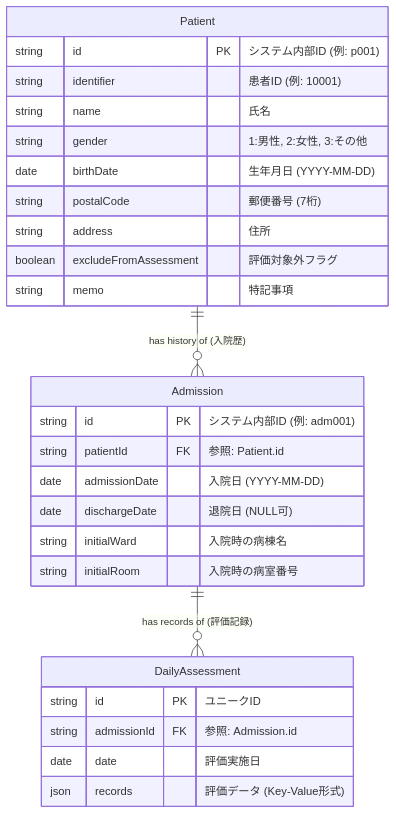
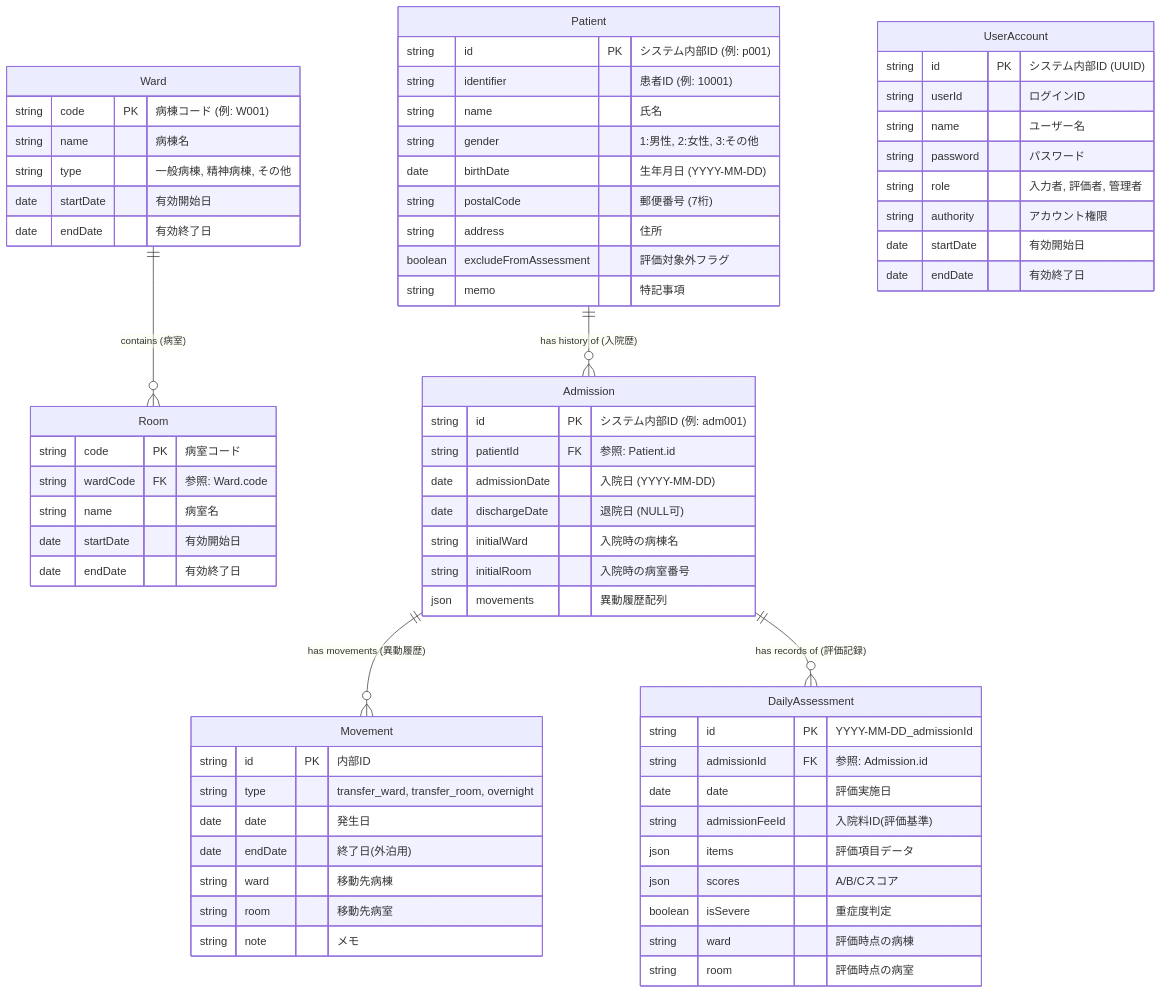
Before and after one commit to kumakumaaaaa/HfileMaker_v1: the diagram in SCHEMA.md, drawn with Mermaid. The commit also changed other lines of this file, not shown here.

Commit message:
SCHEMA.md 全面更新: 最新データ構造を反映

````diff
--- a/SCHEMA.md
+++ b/SCHEMA.md
@@ -8,35 +8,80 @@
 ```mermaid
 erDiagram
     %% マスタテーブル
     Patient {
         string id PK "システム内部ID (例: p001)"
         string identifier "患者ID (例: 10001)"
         string name "氏名"
         string gender "1:男性, 2:女性, 3:その他"
         date birthDate "生年月日 (YYYY-MM-DD)"
         string postalCode "郵便番号 (7桁)"
         string address "住所"
         boolean excludeFromAssessment "評価対象外フラグ"
         string memo "特記事項"
     }
 
+    Ward {
+        string code PK "病棟コード (例: W001)"
+        string name "病棟名"
+        string type "一般病棟, 精神病棟, その他"
+        date startDate "有効開始日"
+        date endDate "有効終了日"
+    }
+
+    Room {
+        string code PK "病室コード"
+        string wardCode FK "参照: Ward.code"
+        string name "病室名"
+        date startDate "有効開始日"
+        date endDate "有効終了日"
+    }
+
+    UserAccount {
+        string id PK "システム内部ID (UUID)"
+        string userId "ログインID"
+        string name "ユーザー名"
+        string password "パスワード"
+        string role "入力者, 評価者, 管理者"
+        string authority "アカウント権限"
+        date startDate "有効開始日"
+        date endDate "有効終了日"
+    }
+
     Admission {
         string id PK "システム内部ID (例: adm001)"
         string patientId FK "参照: Patient.id"
         date admissionDate "入院日 (YYYY-MM-DD)"
         date dischargeDate "退院日 (NULL可)"
         string initialWard "入院時の病棟名"
         string initialRoom "入院時の病室番号"
+        json movements "異動履歴配列"
+    }
+
+    Movement {
+        string id PK "内部ID"
+        string type "transfer_ward, transfer_room, overnight"
+        date date "発生日"
+        date endDate "終了日(外泊用)"
+        string ward "移動先病棟"
+        string room "移動先病室"
+        string note "メモ"
     }
 
     DailyAssessment {
-        string id PK "ユニークID"
+        string id PK "YYYY-MM-DD_admissionId"
         string admissionId FK "参照: Admission.id"
         date date "評価実施日"
-        json records "評価データ (Key-Value形式)"
+        string admissionFeeId "入院料ID(評価基準)"
+        json items "評価項目データ"
+        json scores "A/B/Cスコア"
+        boolean isSevere "重症度判定"
+        string ward "評価時点の病棟"
+        string room "評価時点の病室"
     }
 
     %% リレーションシップ
+    Ward ||--o{ Room : "contains (病室)"
     Patient ||--o{ Admission : "has history of (入院歴)"
+    Admission ||--o{ Movement : "has movements (異動履歴)"
     Admission ||--o{ DailyAssessment : "has records of (評価記録)"
 ```
````
